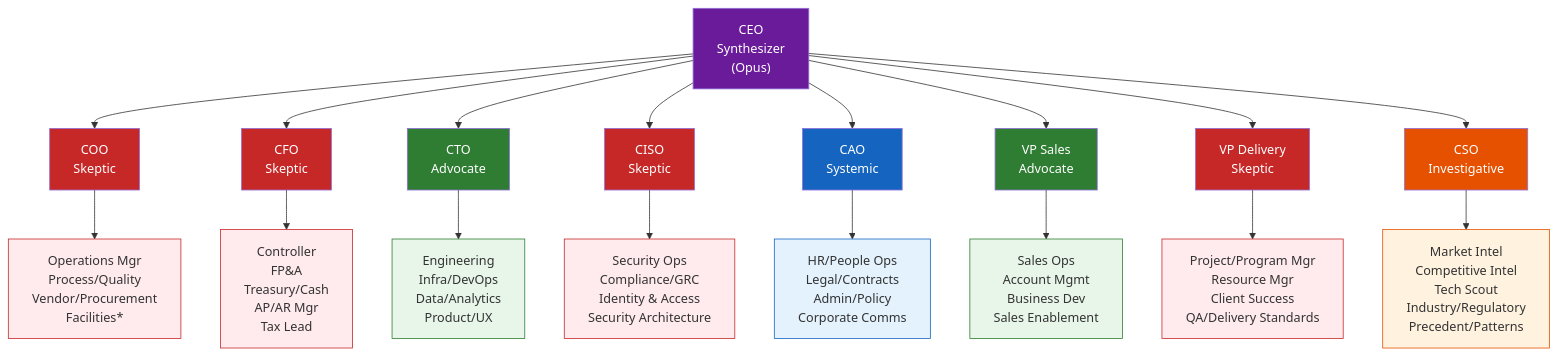
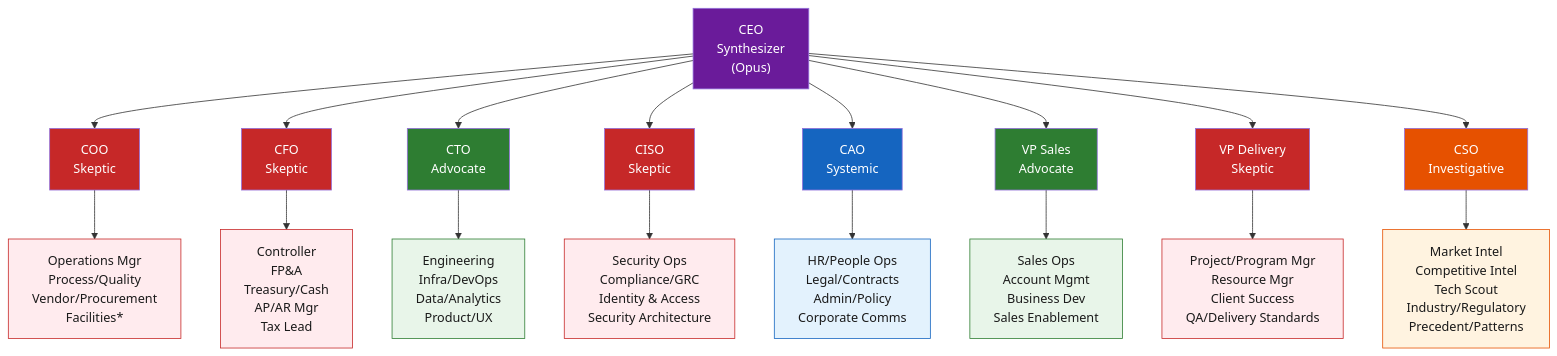
Before and after one commit to apatheticus/corporate-decision-panel: the third of 6 diagrams in README.md, drawn with Mermaid. The commit also changed other lines of this file, not shown here.

First line of the commit message:
docs: Improve Mermaid diagram text readability in README

````diff
--- a/README.md
+++ b/README.md
@@ -263,44 +263,44 @@
 ```mermaid
 flowchart TD
     CEO["CEO\nSynthesizer\n(Opus)"]
 
     COO["COO\nSkeptic"]
     CFO["CFO\nSkeptic"]
     CTO["CTO\nAdvocate"]
     CISO["CISO\nSkeptic"]
     CAO["CAO\nSystemic"]
     VPS["VP Sales\nAdvocate"]
     VPD["VP Delivery\nSkeptic"]
     CSO["CSO\nInvestigative"]
 
     CEO --> COO & CFO & CTO & CISO
     CEO --> CAO & VPS & VPD & CSO
 
     COO --> COO_TL["Operations Mgr\nProcess/Quality\nVendor/Procurement\nFacilities*"]
     CFO --> CFO_TL["Controller\nFP&A\nTreasury/Cash\nAP/AR Mgr\nTax Lead"]
     CTO --> CTO_TL["Engineering\nInfra/DevOps\nData/Analytics\nProduct/UX"]
     CISO --> CISO_TL["Security Ops\nCompliance/GRC\nIdentity & Access\nSecurity Architecture"]
     CAO --> CAO_TL["HR/People Ops\nLegal/Contracts\nAdmin/Policy\nCorporate Comms"]
     VPS --> VPS_TL["Sales Ops\nAccount Mgmt\nBusiness Dev\nSales Enablement"]
     VPD --> VPD_TL["Project/Program Mgr\nResource Mgr\nClient Success\nQA/Delivery Standards"]
     CSO --> CSO_TL["Market Intel\nCompetitive Intel\nTech Scout\nIndustry/Regulatory\nPrecedent/Patterns"]
 
     style CEO fill:#6a1b9a,color:#fff
     style COO fill:#c62828,color:#fff
     style CFO fill:#c62828,color:#fff
     style CISO fill:#c62828,color:#fff
     style VPD fill:#c62828,color:#fff
     style CTO fill:#2e7d32,color:#fff
     style VPS fill:#2e7d32,color:#fff
     style CAO fill:#1565c0,color:#fff
     style CSO fill:#e65100,color:#fff
 
-    style COO_TL fill:#ffebee,stroke:#c62828
-    style CFO_TL fill:#ffebee,stroke:#c62828
-    style CISO_TL fill:#ffebee,stroke:#c62828
-    style VPD_TL fill:#ffebee,stroke:#c62828
-    style CTO_TL fill:#e8f5e9,stroke:#2e7d32
-    style VPS_TL fill:#e8f5e9,stroke:#2e7d32
-    style CAO_TL fill:#e3f2fd,stroke:#1565c0
-    style CSO_TL fill:#fff3e0,stroke:#e65100
+    style COO_TL fill:#ffebee,stroke:#c62828,color:#1a1a1a
+    style CFO_TL fill:#ffebee,stroke:#c62828,color:#1a1a1a
+    style CISO_TL fill:#ffebee,stroke:#c62828,color:#1a1a1a
+    style VPD_TL fill:#ffebee,stroke:#c62828,color:#1a1a1a
+    style CTO_TL fill:#e8f5e9,stroke:#2e7d32,color:#1a1a1a
+    style VPS_TL fill:#e8f5e9,stroke:#2e7d32,color:#1a1a1a
+    style CAO_TL fill:#e3f2fd,stroke:#1565c0,color:#1a1a1a
+    style CSO_TL fill:#fff3e0,stroke:#e65100,color:#1a1a1a
 ```
````
